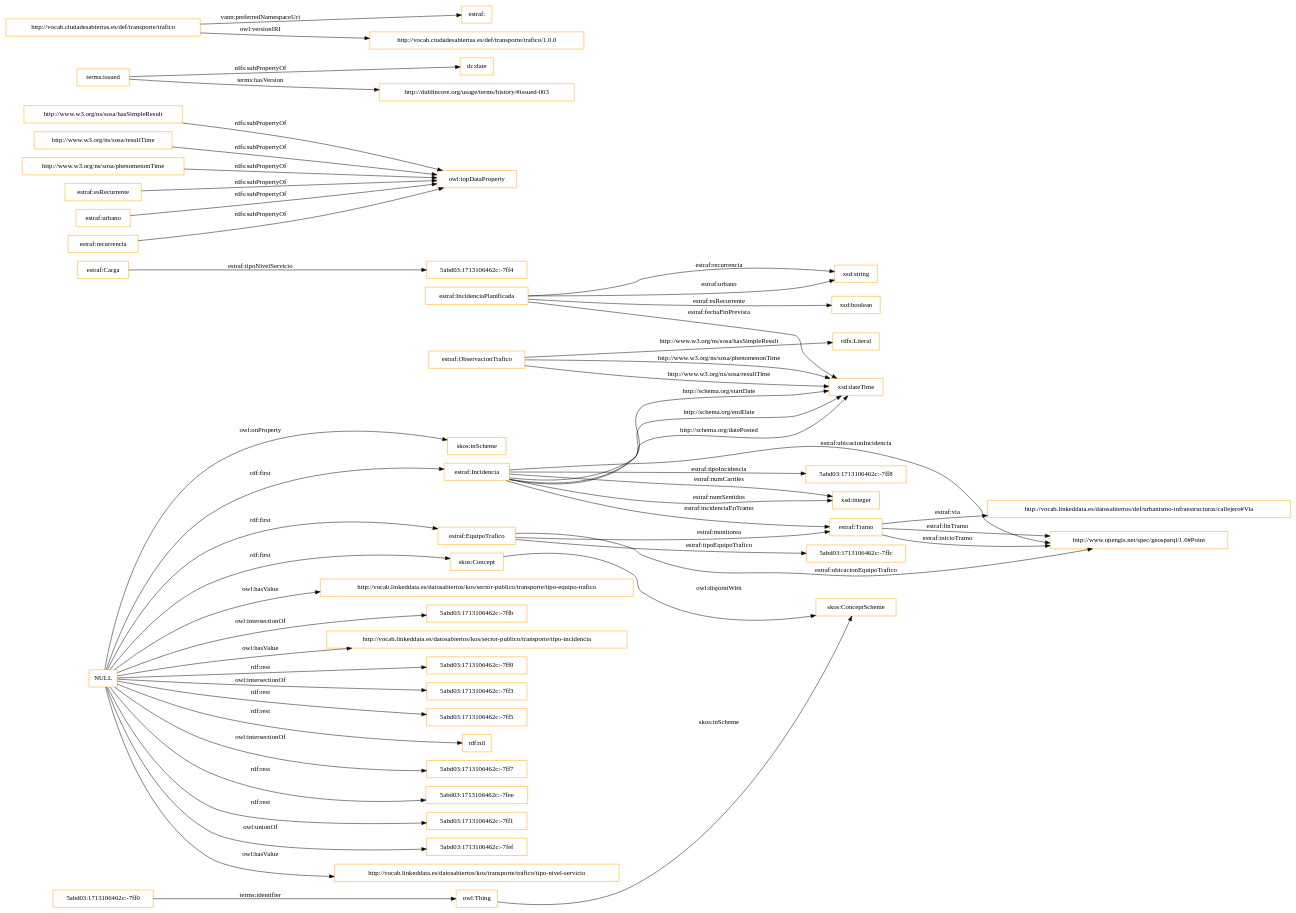
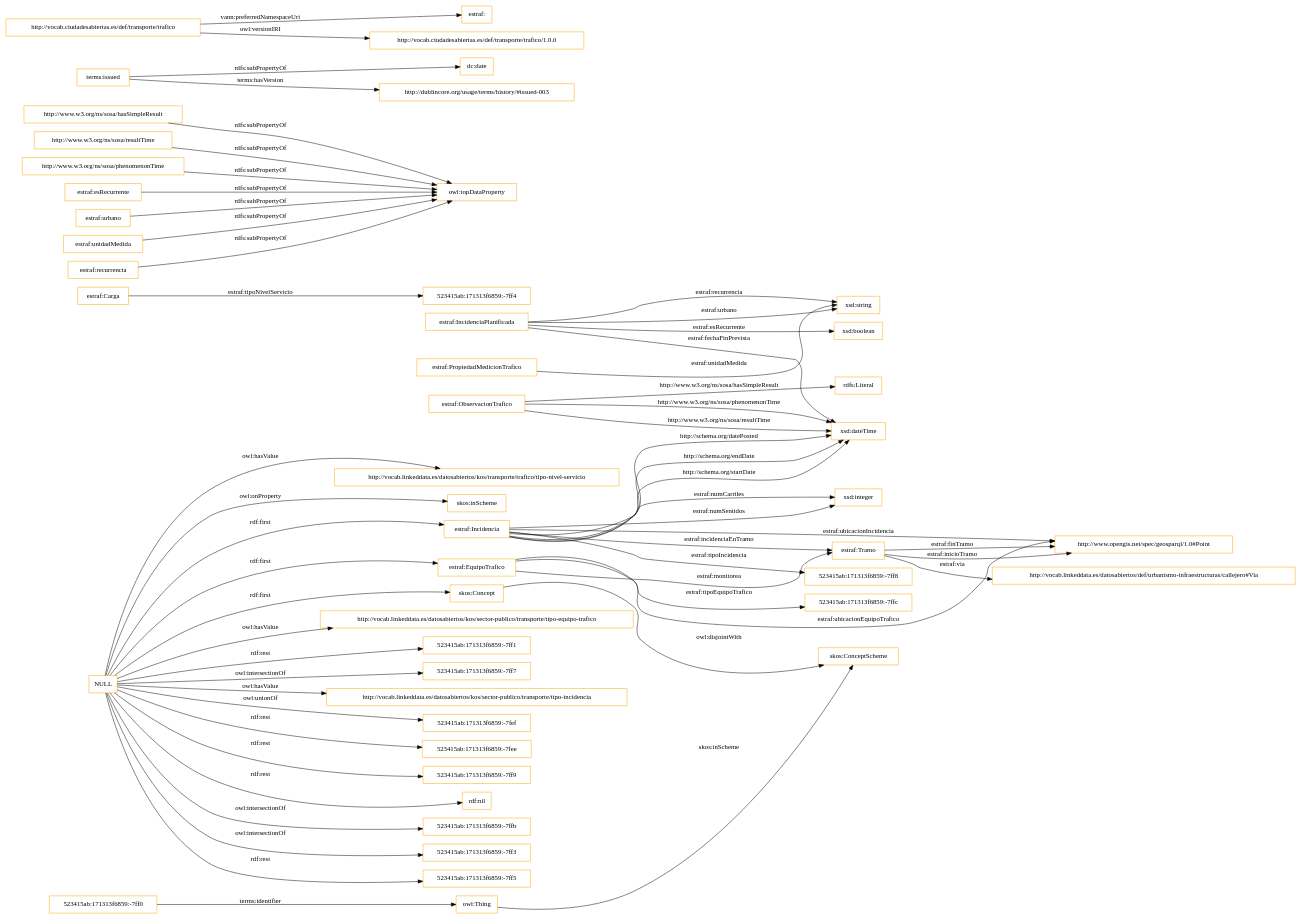
The diagram in OnToology/Ontology/trafico.owl/diagrams/ar2dtool-class/trafico.owl.png.dot (CiudadesAbiertas/vocab-transporte-trafico), drawn with Graphviz before and after one commit. The commit also changed 13 other files, not shown here.

```diff
--- a/OnToology/Ontology/trafico.owl/diagrams/ar2dtool-class/trafico.owl.png.dot
+++ b/OnToology/Ontology/trafico.owl/diagrams/ar2dtool-class/trafico.owl.png.dot
@@ -1,57 +1,59 @@
 digraph ar2dtool_diagram { 
 rankdir=LR;
 size="1501"
-node [shape = rectangle, color="orange"]; "estraf:Tramo" "5abd03:1713106462c:-7ffc" "estraf:Carga" "estraf:Incidencia" "5abd03:1713106462c:-7ff0" "5abd03:1713106462c:-7ff4" "estraf:EquipoTrafico" "skos:ConceptScheme" "http://www.opengis.net/spec/geosparql/1.0#Point" "estraf:IncidenciaPlanificada" "skos:Concept" "estraf:ObservacionTrafico" "http://vocab.linkeddata.es/datosabiertos/def/urbanismo-infraestructuras/callejero#Via" "5abd03:1713106462c:-7ff8" ; /*classes style*/
+node [shape = rectangle, color="orange"]; "estraf:Tramo" "estraf:Carga" "estraf:Incidencia" "523415ab:171313f6859:-7ffc" "estraf:PropiedadMedicionTrafico" "estraf:EquipoTrafico" "523415ab:171313f6859:-7ff4" "skos:ConceptScheme" "http://www.opengis.net/spec/geosparql/1.0#Point" "523415ab:171313f6859:-7ff8" "estraf:IncidenciaPlanificada" "skos:Concept" "estraf:ObservacionTrafico" "http://vocab.linkeddata.es/datosabiertos/def/urbanismo-infraestructuras/callejero#Via" "523415ab:171313f6859:-7ff0" ; /*classes style*/
 	"http://www.w3.org/ns/sosa/hasSimpleResult" -> "owl:topDataProperty" [ label = "rdfs:subPropertyOf" ];
 	"NULL" -> "http://vocab.linkeddata.es/datosabiertos/kos/sector-publico/transporte/tipo-equipo-trafico" [ label = "owl:hasValue" ];
-	"NULL" -> "5abd03:1713106462c:-7ffb" [ label = "owl:intersectionOf" ];
+	"NULL" -> "523415ab:171313f6859:-7ff1" [ label = "rdf:rest" ];
+	"NULL" -> "523415ab:171313f6859:-7ff7" [ label = "owl:intersectionOf" ];
 	"NULL" -> "http://vocab.linkeddata.es/datosabiertos/kos/sector-publico/transporte/tipo-incidencia" [ label = "owl:hasValue" ];
-	"NULL" -> "5abd03:1713106462c:-7ff9" [ label = "rdf:rest" ];
-	"NULL" -> "5abd03:1713106462c:-7ff3" [ label = "owl:intersectionOf" ];
+	"NULL" -> "523415ab:171313f6859:-7fef" [ label = "owl:unionOf" ];
+	"NULL" -> "523415ab:171313f6859:-7fee" [ label = "rdf:rest" ];
 	"NULL" -> "estraf:Incidencia" [ label = "rdf:first" ];
+	"NULL" -> "523415ab:171313f6859:-7ff9" [ label = "rdf:rest" ];
 	"NULL" -> "skos:Concept" [ label = "rdf:first" ];
-	"NULL" -> "5abd03:1713106462c:-7ff5" [ label = "rdf:rest" ];
 	"NULL" -> "rdf:nil" [ label = "rdf:rest" ];
-	"NULL" -> "5abd03:1713106462c:-7ff7" [ label = "owl:intersectionOf" ];
-	"NULL" -> "5abd03:1713106462c:-7fee" [ label = "rdf:rest" ];
-	"NULL" -> "5abd03:1713106462c:-7ff1" [ label = "rdf:rest" ];
-	"NULL" -> "5abd03:1713106462c:-7fef" [ label = "owl:unionOf" ];
+	"NULL" -> "523415ab:171313f6859:-7ffb" [ label = "owl:intersectionOf" ];
+	"NULL" -> "523415ab:171313f6859:-7ff3" [ label = "owl:intersectionOf" ];
+	"NULL" -> "523415ab:171313f6859:-7ff5" [ label = "rdf:rest" ];
 	"NULL" -> "http://vocab.linkeddata.es/datosabiertos/kos/transporte/trafico/tipo-nivel-servicio" [ label = "owl:hasValue" ];
 	"NULL" -> "estraf:EquipoTrafico" [ label = "rdf:first" ];
 	"NULL" -> "skos:inScheme" [ label = "owl:onProperty" ];
 	"skos:Concept" -> "skos:ConceptScheme" [ label = "owl:disjointWith" ];
 	"http://www.w3.org/ns/sosa/resultTime" -> "owl:topDataProperty" [ label = "rdfs:subPropertyOf" ];
 	"terms:issued" -> "dc:date" [ label = "rdfs:subPropertyOf" ];
 	"terms:issued" -> "http://dublincore.org/usage/terms/history/#issued-003" [ label = "terms:hasVersion" ];
 	"http://www.w3.org/ns/sosa/phenomenonTime" -> "owl:topDataProperty" [ label = "rdfs:subPropertyOf" ];
 	"estraf:esRecurrente" -> "owl:topDataProperty" [ label = "rdfs:subPropertyOf" ];
 	"estraf:urbano" -> "owl:topDataProperty" [ label = "rdfs:subPropertyOf" ];
 	"http://vocab.ciudadesabiertas.es/def/transporte/trafico" -> "estraf:" [ label = "vann:preferredNamespaceUri" ];
 	"http://vocab.ciudadesabiertas.es/def/transporte/trafico" -> "http://vocab.ciudadesabiertas.es/def/transporte/trafico/1.0.0" [ label = "owl:versionIRI" ];
+	"estraf:unidadMedida" -> "owl:topDataProperty" [ label = "rdfs:subPropertyOf" ];
 	"estraf:recurrencia" -> "owl:topDataProperty" [ label = "rdfs:subPropertyOf" ];
 	"estraf:Tramo" -> "http://www.opengis.net/spec/geosparql/1.0#Point" [ label = "estraf:finTramo" ];
 	"estraf:Incidencia" -> "xsd:dateTime" [ label = "http://schema.org/startDate" ];
+	"estraf:Carga" -> "523415ab:171313f6859:-7ff4" [ label = "estraf:tipoNivelServicio" ];
+	"owl:Thing" -> "skos:ConceptScheme" [ label = "skos:inScheme" ];
+	"estraf:EquipoTrafico" -> "estraf:Tramo" [ label = "estraf:monitorea" ];
+	"estraf:ObservacionTrafico" -> "xsd:dateTime" [ label = "http://www.w3.org/ns/sosa/phenomenonTime" ];
+	"estraf:EquipoTrafico" -> "523415ab:171313f6859:-7ffc" [ label = "estraf:tipoEquipoTrafico" ];
+	"estraf:IncidenciaPlanificada" -> "xsd:dateTime" [ label = "estraf:fechaFinPrevista" ];
+	"estraf:Tramo" -> "http://www.opengis.net/spec/geosparql/1.0#Point" [ label = "estraf:inicioTramo" ];
+	"estraf:Incidencia" -> "xsd:dateTime" [ label = "http://schema.org/datePosted" ];
+	"estraf:EquipoTrafico" -> "http://www.opengis.net/spec/geosparql/1.0#Point" [ label = "estraf:ubicacionEquipoTrafico" ];
 	"estraf:IncidenciaPlanificada" -> "xsd:string" [ label = "estraf:recurrencia" ];
 	"estraf:Incidencia" -> "estraf:Tramo" [ label = "estraf:incidenciaEnTramo" ];
 	"estraf:ObservacionTrafico" -> "rdfs:Literal" [ label = "http://www.w3.org/ns/sosa/hasSimpleResult" ];
-	"5abd03:1713106462c:-7ff0" -> "owl:Thing" [ label = "terms:identifier" ];
+	"523415ab:171313f6859:-7ff0" -> "owl:Thing" [ label = "terms:identifier" ];
 	"estraf:Incidencia" -> "xsd:dateTime" [ label = "http://schema.org/endDate" ];
 	"estraf:Incidencia" -> "xsd:integer" [ label = "estraf:numCarriles" ];
-	"estraf:Carga" -> "5abd03:1713106462c:-7ff4" [ label = "estraf:tipoNivelServicio" ];
 	"estraf:Incidencia" -> "xsd:integer" [ label = "estraf:numSentidos" ];
 	"estraf:ObservacionTrafico" -> "xsd:dateTime" [ label = "http://www.w3.org/ns/sosa/resultTime" ];
 	"estraf:Incidencia" -> "http://www.opengis.net/spec/geosparql/1.0#Point" [ label = "estraf:ubicacionIncidencia" ];
-	"owl:Thing" -> "skos:ConceptScheme" [ label = "skos:inScheme" ];
 	"estraf:IncidenciaPlanificada" -> "xsd:boolean" [ label = "estraf:esRecurrente" ];
-	"estraf:EquipoTrafico" -> "estraf:Tramo" [ label = "estraf:monitorea" ];
-	"estraf:ObservacionTrafico" -> "xsd:dateTime" [ label = "http://www.w3.org/ns/sosa/phenomenonTime" ];
-	"estraf:Incidencia" -> "5abd03:1713106462c:-7ff8" [ label = "estraf:tipoIncidencia" ];
-	"estraf:EquipoTrafico" -> "5abd03:1713106462c:-7ffc" [ label = "estraf:tipoEquipoTrafico" ];
+	"estraf:Incidencia" -> "523415ab:171313f6859:-7ff8" [ label = "estraf:tipoIncidencia" ];
+	"estraf:PropiedadMedicionTrafico" -> "xsd:string" [ label = "estraf:unidadMedida" ];
 	"estraf:IncidenciaPlanificada" -> "xsd:string" [ label = "estraf:urbano" ];
-	"estraf:IncidenciaPlanificada" -> "xsd:dateTime" [ label = "estraf:fechaFinPrevista" ];
-	"estraf:Tramo" -> "http://www.opengis.net/spec/geosparql/1.0#Point" [ label = "estraf:inicioTramo" ];
-	"estraf:Incidencia" -> "xsd:dateTime" [ label = "http://schema.org/datePosted" ];
 	"estraf:Tramo" -> "http://vocab.linkeddata.es/datosabiertos/def/urbanismo-infraestructuras/callejero#Via" [ label = "estraf:via" ];
-	"estraf:EquipoTrafico" -> "http://www.opengis.net/spec/geosparql/1.0#Point" [ label = "estraf:ubicacionEquipoTrafico" ];
 
 }
```
